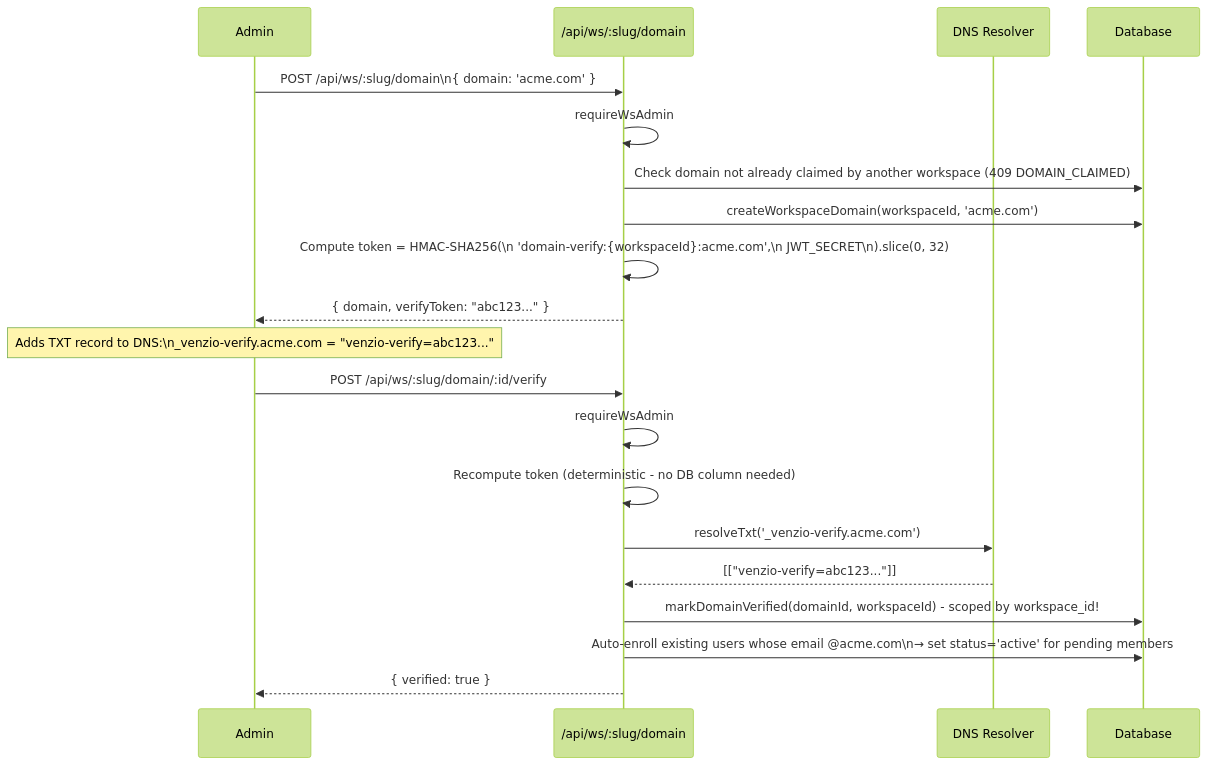
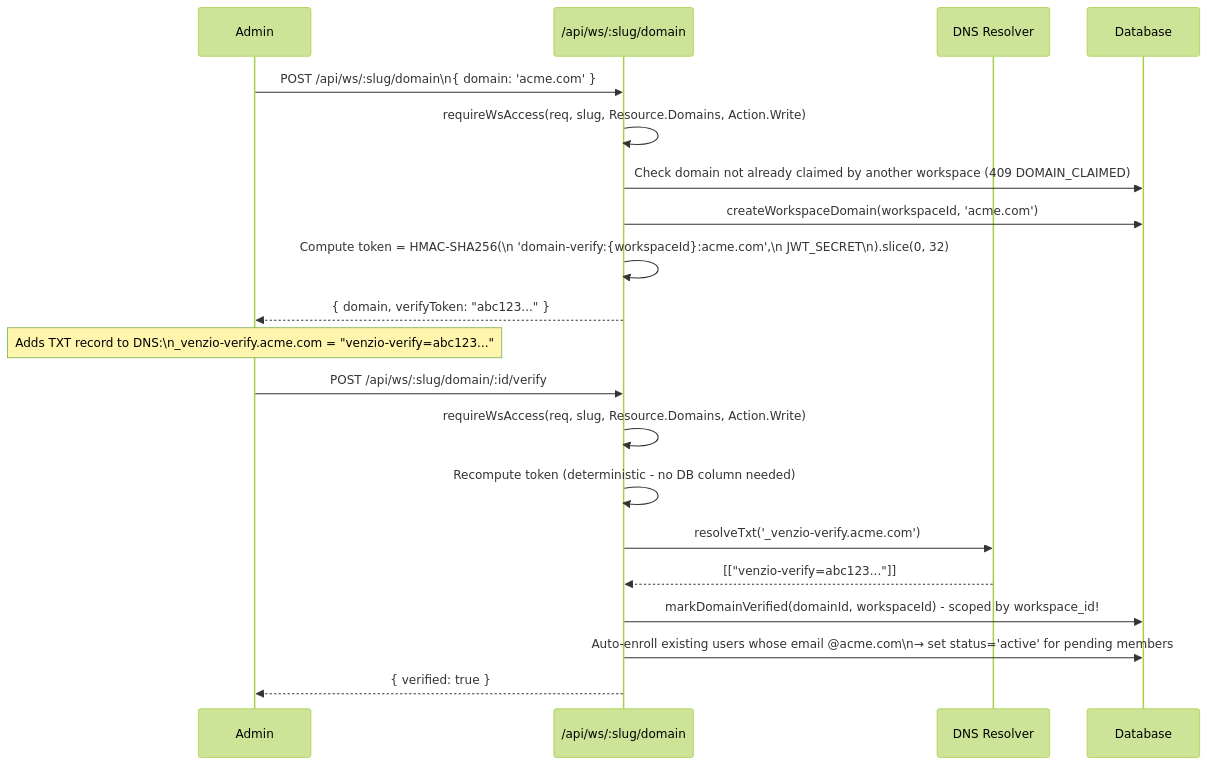
Before and after one commit to ksharmaGN/venzio: the third of 8 diagrams in docs/architecture/workspace-flow.md, drawn with Mermaid (forest theme). The commit also changed other lines of this file and 296 other files, not shown here.

````diff
--- a/docs/architecture/workspace-flow.md
+++ b/docs/architecture/workspace-flow.md
@@ -80,25 +107,25 @@
 ```mermaid
 sequenceDiagram
   participant A as Admin
   participant API as /api/ws/:slug/domain
   participant DNS as DNS Resolver
   participant DB as Database
 
   A->>API: POST /api/ws/:slug/domain\n{ domain: 'acme.com' }
-  API->>API: requireWsAdmin
+  API->>API: requireWsAccess(req, slug, Resource.Domains, Action.Write)
   API->>DB: Check domain not already claimed by another workspace (409 DOMAIN_CLAIMED)
   API->>DB: createWorkspaceDomain(workspaceId, 'acme.com')
   API->>API: Compute token = HMAC-SHA256(\n  'domain-verify:{workspaceId}:acme.com',\n  JWT_SECRET\n).slice(0, 32)
   API-->>A: { domain, verifyToken: "abc123..." }
 
   Note over A: Adds TXT record to DNS:\n_venzio-verify.acme.com = "venzio-verify=abc123..."
 
   A->>API: POST /api/ws/:slug/domain/:id/verify
-  API->>API: requireWsAdmin
+  API->>API: requireWsAccess(req, slug, Resource.Domains, Action.Write)
   API->>API: Recompute token (deterministic - no DB column needed)
   API->>DNS: resolveTxt('_venzio-verify.acme.com')
   DNS-->>API: [["venzio-verify=abc123..."]]
   API->>DB: markDomainVerified(domainId, workspaceId) - scoped by workspace_id!
   API->>DB: Auto-enroll existing users whose email @acme.com\n→ set status='active' for pending members
   API-->>A: { verified: true }
 ```
````
